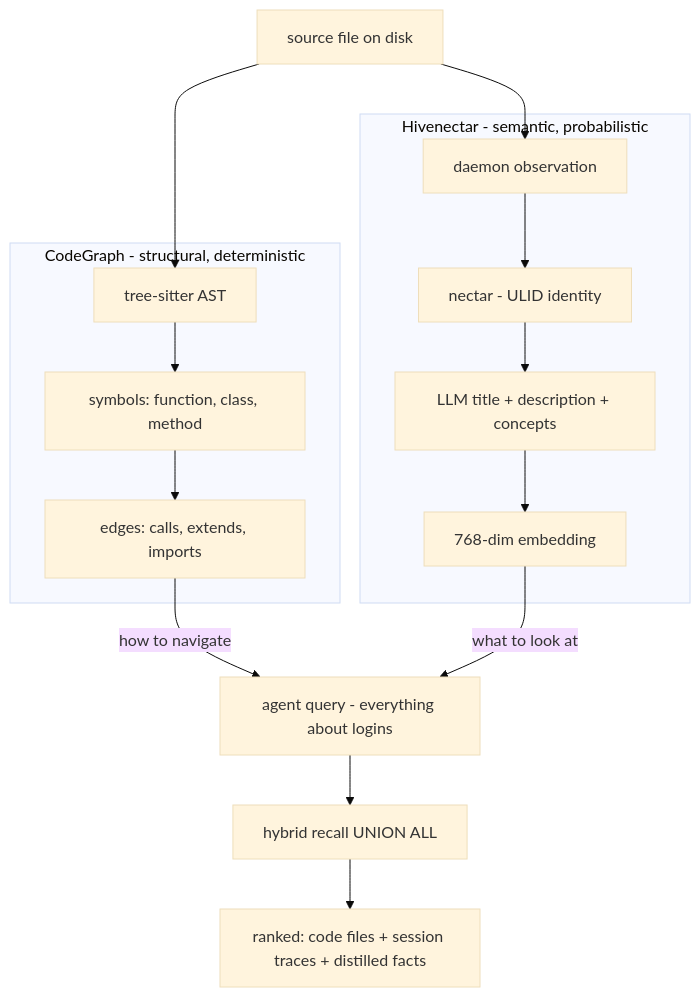
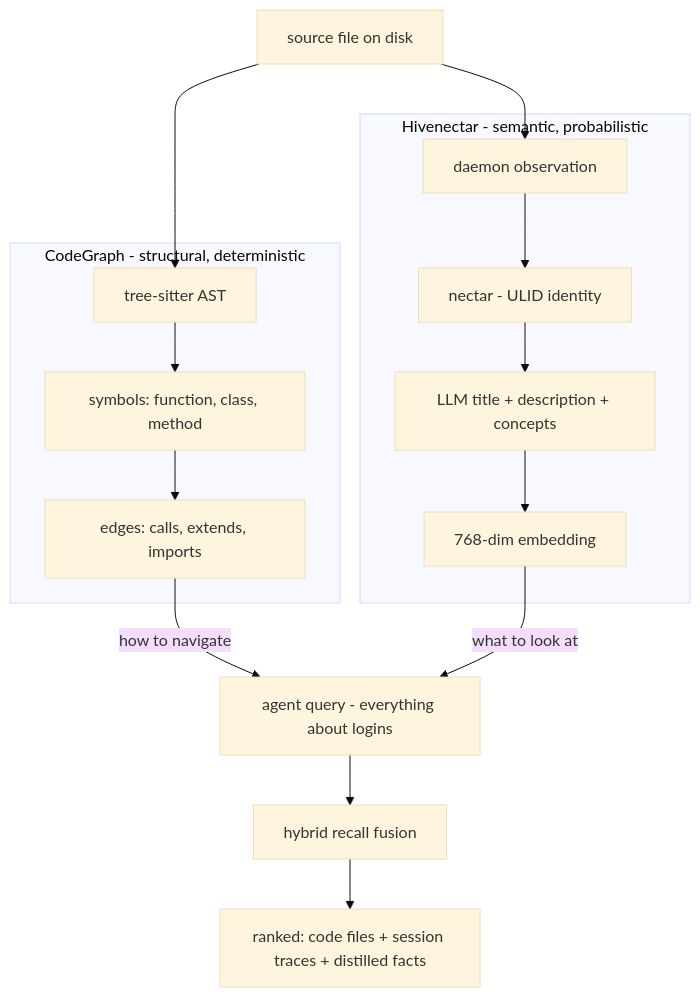
Before and after one commit to legioncodeinc/nectar: the second of 3 diagrams in library/knowledge/private/overview/overview-technical-specification.md, drawn with Mermaid (base theme). The commit also changed other lines of this file and 125 other files, not shown here.

````diff
--- a/library/knowledge/private/overview/overview-technical-specification.md
+++ b/library/knowledge/private/overview/overview-technical-specification.md
@@ -141,18 +142,18 @@
 ```mermaid
 flowchart TD
     subgraph structural[CodeGraph - structural, deterministic]
         s1[tree-sitter AST] --> s2["symbols: function, class, method"]
         s2 --> s3["edges: calls, extends, imports"]
     end
     subgraph semantic[Hivenectar - semantic, probabilistic]
         d1["daemon observation"] --> d2["nectar - ULID identity"]
         d2 --> d3["LLM title + description + concepts"]
         d3 --> d4["768-dim embedding"]
     end
     file["source file on disk"] --> s1
     file --> d1
     s3 -->|how to navigate| q["agent query - everything about logins"]
     d4 -->|what to look at| q
-    q --> union["hybrid recall UNION ALL"]
-    union --> result["ranked: code files + session traces + distilled facts"]
+    q --> fusion["hybrid recall fusion"]
+    fusion --> result["ranked: code files + session traces + distilled facts"]
 ```
````
